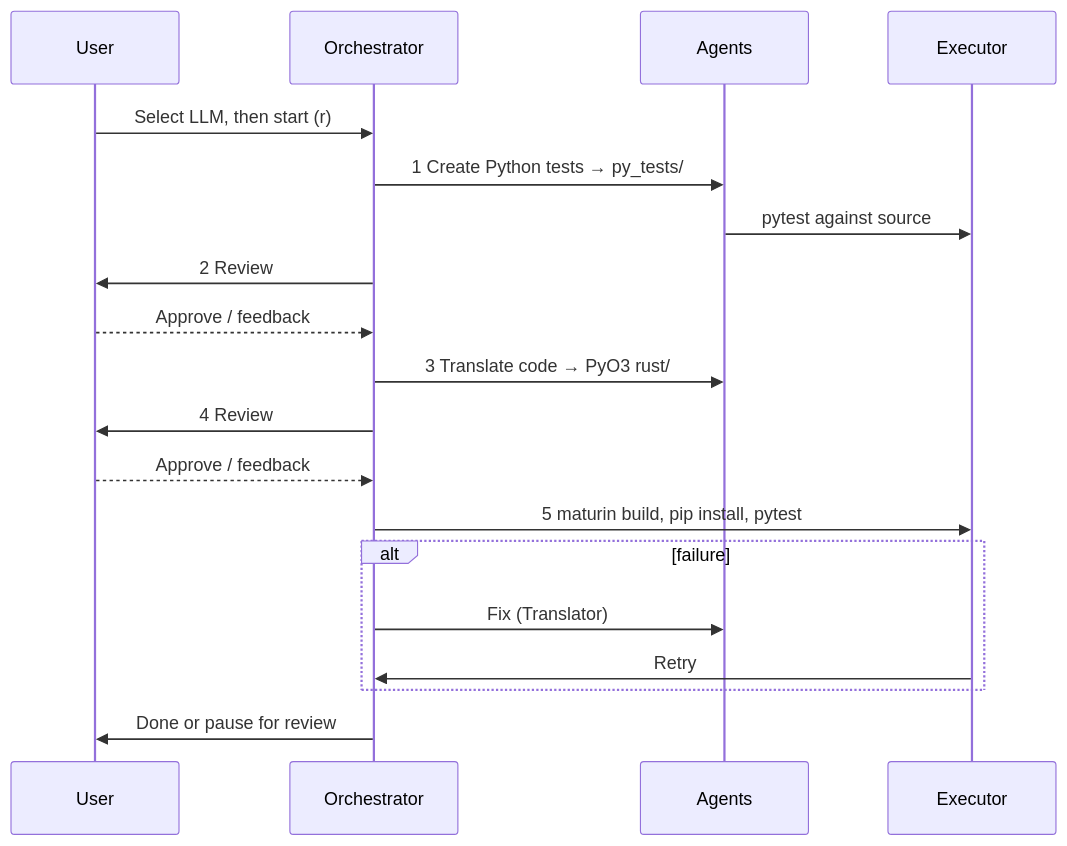
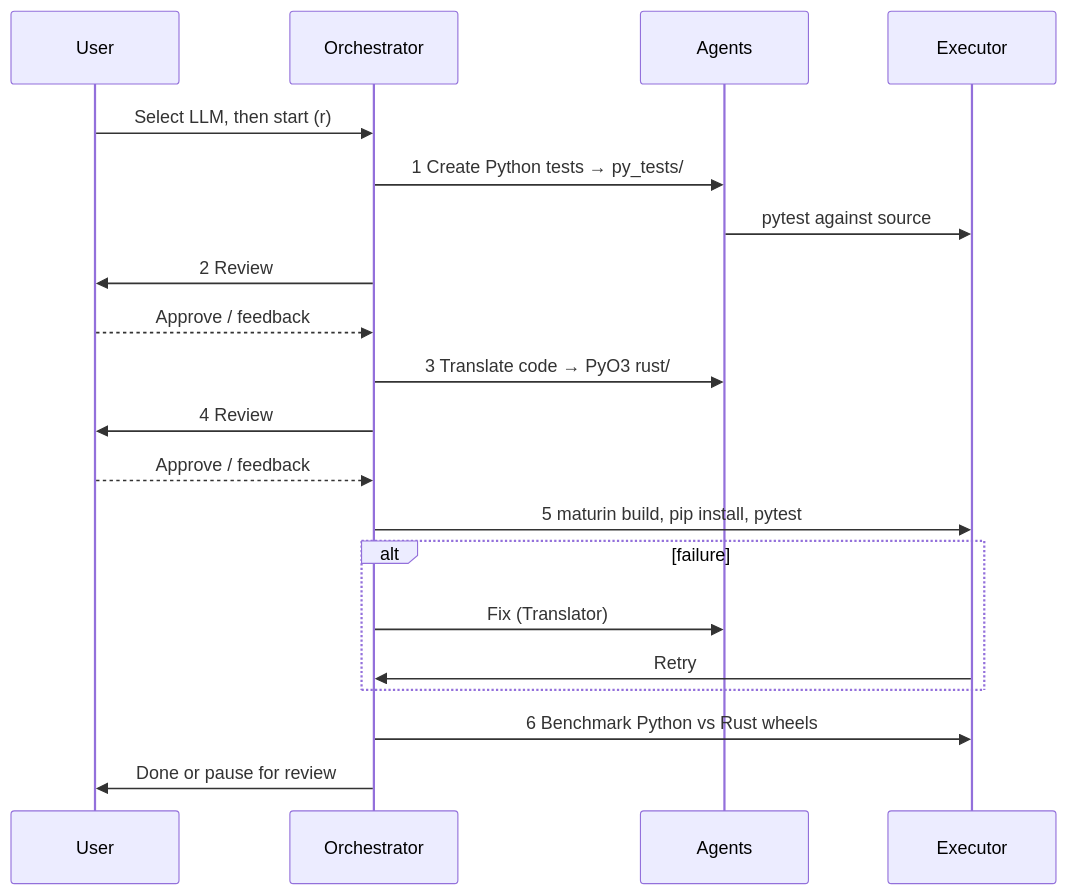
One commit to Haaparanta/AaltoAI-Ai-For-Good changed the second of 2 diagrams in README.md. Above: the diagram before and after it, drawn with Mermaid. The commit also changed other lines of this file and 20 other files, not shown here.

````diff
--- a/README.md
+++ b/README.md
@@ -52,22 +56,23 @@
 ```mermaid
 sequenceDiagram
     participant U as User
     participant O as Orchestrator
     participant A as Agents
     participant E as Executor
 
     U->>O: Select LLM, then start (r)
     O->>A: 1 Create Python tests → py_tests/
     A->>E: pytest against source
     O->>U: 2 Review
     U-->>O: Approve / feedback
     O->>A: 3 Translate code → PyO3 rust/
     O->>U: 4 Review
     U-->>O: Approve / feedback
     O->>E: 5 maturin build, pip install, pytest
     alt failure
         O->>A: Fix (Translator)
         E->>O: Retry
     end
+    O->>E: 6 Benchmark Python vs Rust wheels
     O->>U: Done or pause for review
 ```
````
